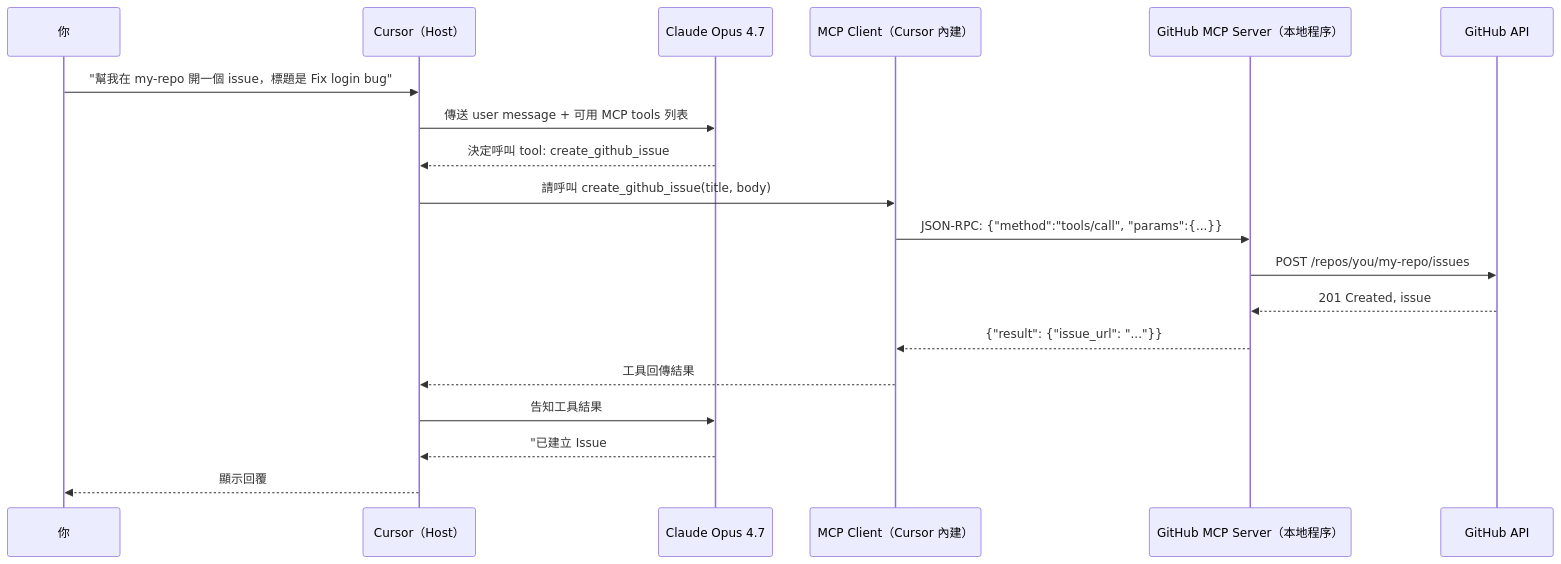
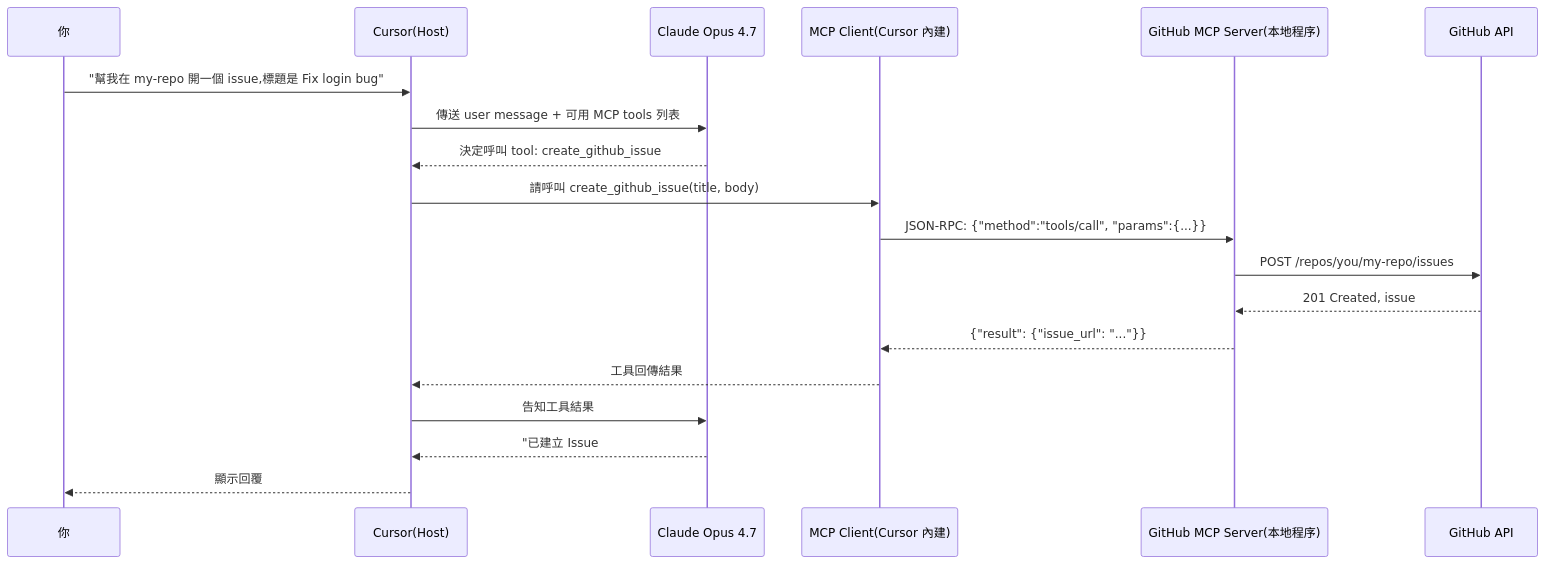
Diagram 26 of 47 in Guide.md (deadline314/Lesson3-AI-Tools), drawn with Mermaid before and after one commit. The commit also changed other lines of this file and 25 other files, not shown here.

````diff
--- a/Guide.md
+++ b/Guide.md
@@ -943,22 +1251,22 @@
 ```mermaid
 sequenceDiagram
     participant You as 你
-    participant Host as Cursor（Host）
+    participant Host as Cursor(Host)
     participant LLM as Claude Opus 4.7
-    participant Client as MCP Client（Cursor 內建）
-    participant Server as GitHub MCP Server（本地程序）
+    participant Client as MCP Client(Cursor 內建)
+    participant Server as GitHub MCP Server(本地程序)
     participant GH as GitHub API
 
-    You->>Host: "幫我在 my-repo 開一個 issue，標題是 Fix login bug"
+    You->>Host: "幫我在 my-repo 開一個 issue,標題是 Fix login bug"
     Host->>LLM: 傳送 user message + 可用 MCP tools 列表
     LLM-->>Host: 決定呼叫 tool: create_github_issue
     Host->>Client: 請呼叫 create_github_issue(title, body)
     Client->>Server: JSON-RPC: {"method":"tools/call", "params":{...}}
     Server->>GH: POST /repos/you/my-repo/issues
     GH-->>Server: 201 Created, issue #42
     Server-->>Client: {"result": {"issue_url": "..."}}
     Client-->>Host: 工具回傳結果
     Host->>LLM: 告知工具結果
     LLM-->>Host: "已建立 Issue #42: Fix login bug"
     Host-->>You: 顯示回覆
 ```
````
